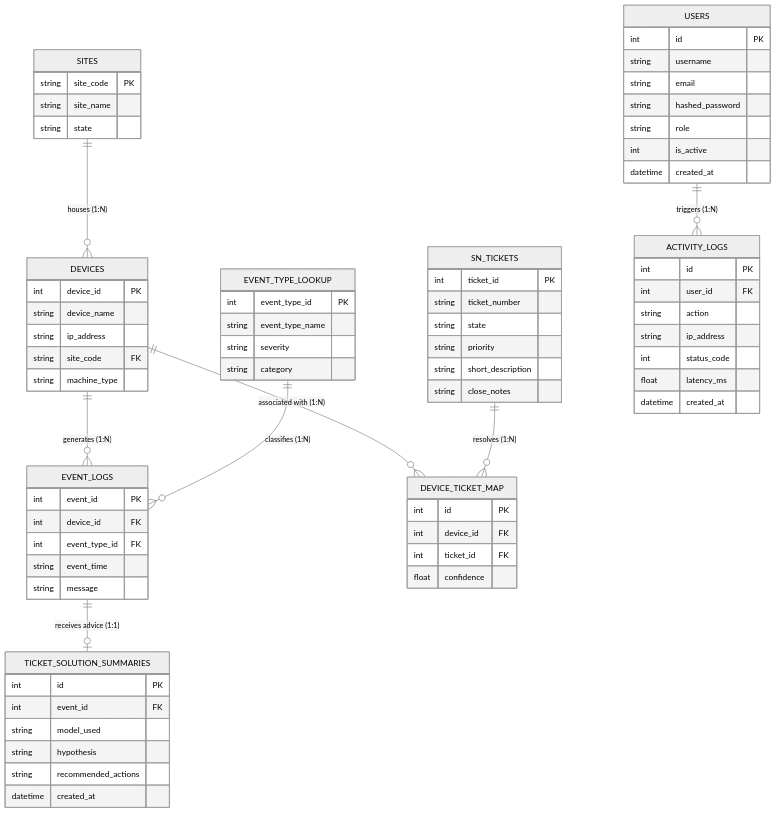
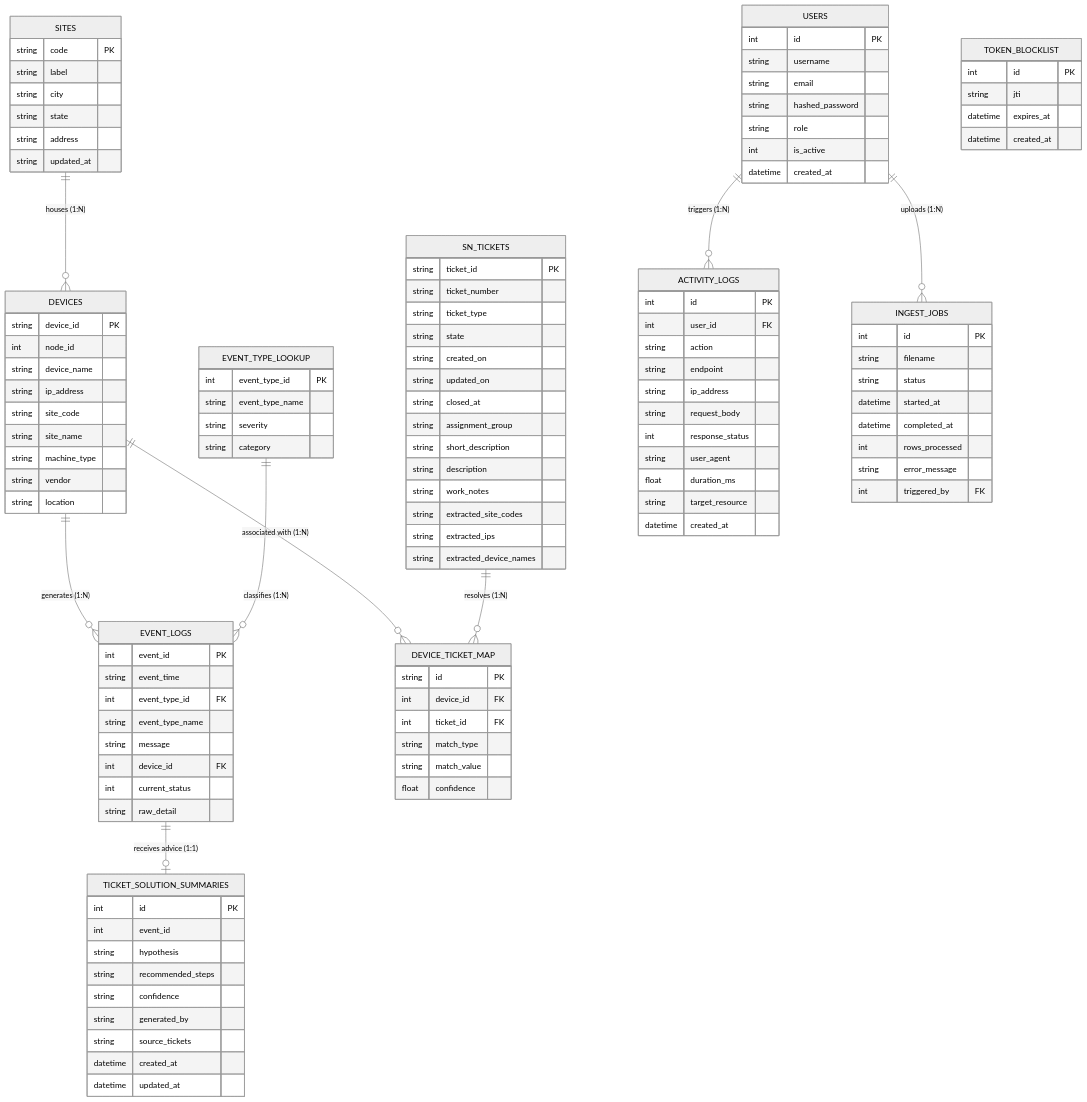
One commit to sanchiitvijay/noc-ps changed the fourth of 8 diagrams in docs/NOC_Diagrams.md. Above: the diagram before and after it, drawn with Mermaid (neutral theme). The commit also changed other lines of this file and 3 other files, not shown here.

````diff
--- a/docs/NOC_Diagrams.md
+++ b/docs/NOC_Diagrams.md
@@ -127,17 +174,24 @@
     }
 
     SITES {
-        string site_code PK
-        string site_name
+        string code PK
+        string label
+        string city
         string state
+        string address
+        string updated_at
     }
 
     DEVICES {
-        int device_id PK
+        string device_id PK
+        int node_id
         string device_name
         string ip_address
-        string site_code FK
+        string site_code
+        string site_name
         string machine_type
+        string vendor
+        string location
     }
 
     EVENT_TYPE_LOOKUP {
@@ -149,44 +203,82 @@
 
     EVENT_LOGS {
         int event_id PK
+        string event_time
+        int event_type_id FK
+        string event_type_name
+        string message
         int device_id FK
-        int event_type_id FK
-        string event_time
-        string message
+        int current_status
+        string raw_detail
     }
 
     SN_TICKETS {
-        int ticket_id PK
+        string ticket_id PK
         string ticket_number
+        string ticket_type
         string state
-        string priority
+        string created_on
+        string updated_on
+        string closed_at
+        string assignment_group
         string short_description
-        string close_notes
+        string description
+        string work_notes
+        string extracted_site_codes
+        string extracted_ips
+        string extracted_device_names
     }
 
     DEVICE_TICKET_MAP {
-        int id PK
+        string id PK
         int device_id FK
         int ticket_id FK
+        string match_type
+        string match_value
         float confidence
     }
 
     TICKET_SOLUTION_SUMMARIES {
         int id PK
-        int event_id FK
-        string model_used
+        int event_id
         string hypothesis
-        string recommended_actions
+        string recommended_steps
+        string confidence
+        string generated_by
+        string source_tickets
         datetime created_at
+        datetime updated_at
     }
 
     ACTIVITY_LOGS {
         int id PK
         int user_id FK
         string action
+        string endpoint
         string ip_address
-        int status_code
-        float latency_ms
+        string request_body
+        int response_status
+        string user_agent
+        float duration_ms
+        string target_resource
+        datetime created_at
+    }
+
+    INGEST_JOBS {
+        int id PK
+        string filename
+        string status
+        datetime started_at
+        datetime completed_at
+        int rows_processed
+        string error_message
+        int triggered_by FK
+    }
+
+    TOKEN_BLOCKLIST {
+        int id PK
+        string jti
+        datetime expires_at
         datetime created_at
     }
 
@@ -197,4 +289,5 @@
     SN_TICKETS ||--o{ DEVICE_TICKET_MAP : "resolves (1:N)"
     EVENT_LOGS ||--o| TICKET_SOLUTION_SUMMARIES : "receives advice (1:1)"
     USERS ||--o{ ACTIVITY_LOGS : "triggers (1:N)"
+    USERS ||--o{ INGEST_JOBS : "uploads (1:N)"
 ```
````
